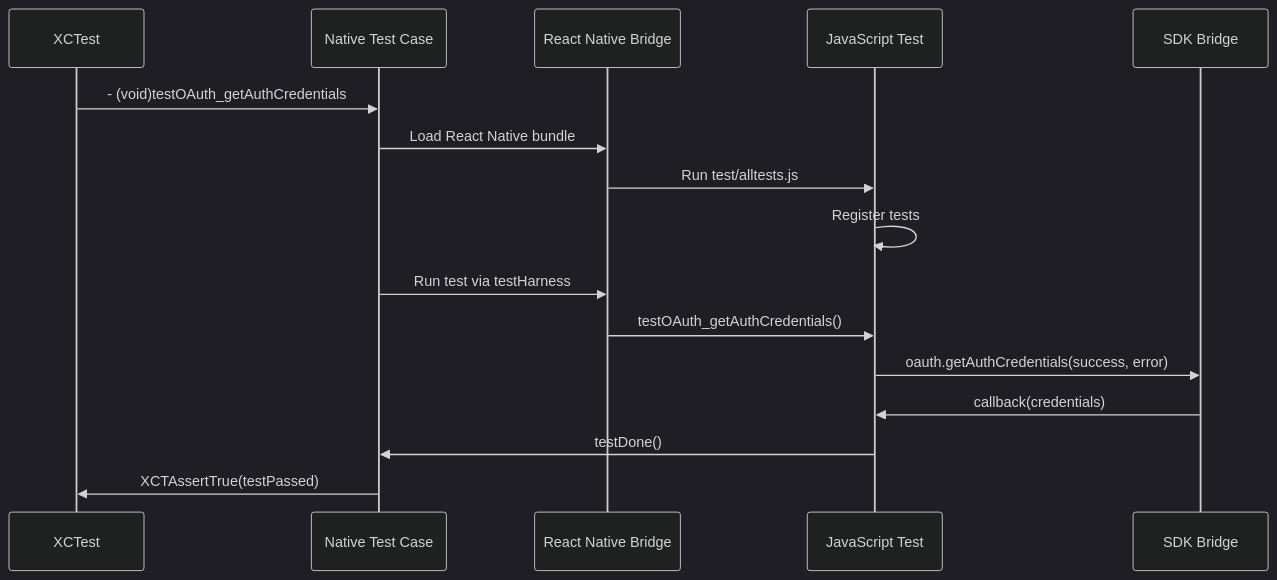
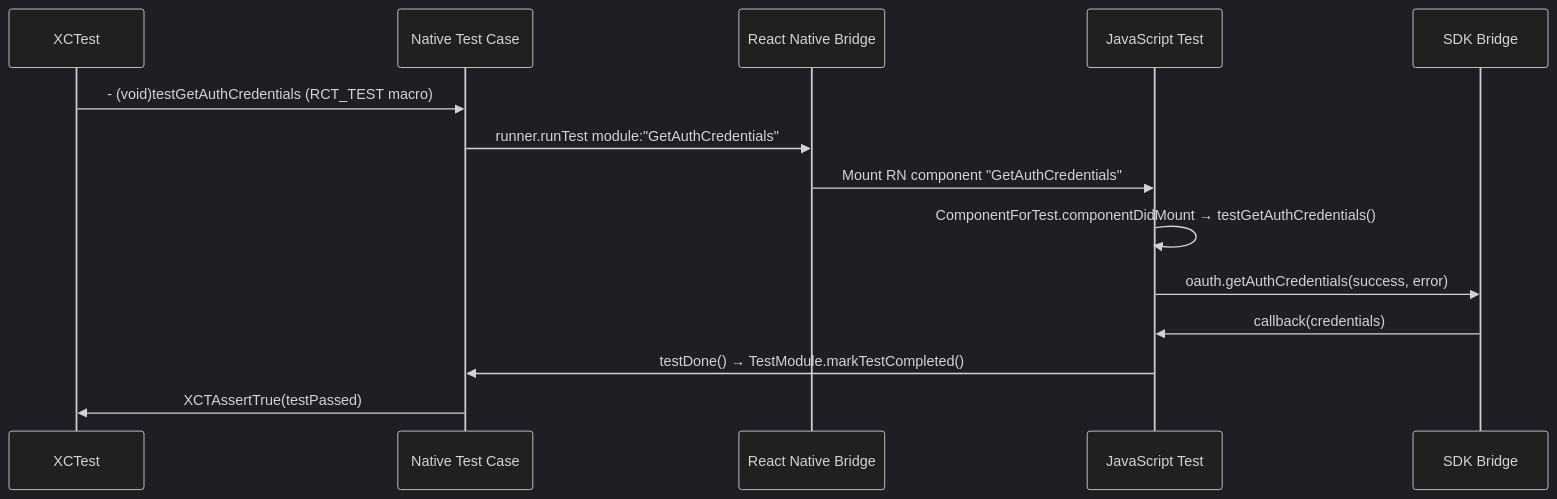
One commit to forcedotcom/SalesforceMobileSDK-ReactNative changed the second of 2 diagrams in docs/ios-tests/README.md. Above: the diagram before and after it, drawn with Mermaid (dark theme). The commit also changed other lines of this file and 4 other files, not shown here.

First line of the commit message:
Fix accuracy issues in React Native SDK documentation

````diff
--- a/docs/ios-tests/README.md
+++ b/docs/ios-tests/README.md
@@ -221,19 +221,17 @@
 ```mermaid
 sequenceDiagram
     participant X as XCTest
     participant N as Native Test Case
     participant RCT as React Native Bridge
     participant JS as JavaScript Test
     participant SDK as SDK Bridge
     
-    X->>N: - (void)testOAuth_getAuthCredentials
-    N->>RCT: Load React Native bundle
-    RCT->>JS: Run test/alltests.js
-    JS->>JS: Register tests
-    N->>RCT: Run test via testHarness
-    RCT->>JS: testOAuth_getAuthCredentials()
+    X->>N: - (void)testGetAuthCredentials (RCT_TEST macro)
+    N->>RCT: runner.runTest module:"GetAuthCredentials"
+    RCT->>JS: Mount RN component "GetAuthCredentials"
+    JS->>JS: ComponentForTest.componentDidMount → testGetAuthCredentials()
     JS->>SDK: oauth.getAuthCredentials(success, error)
     SDK->>JS: callback(credentials)
-    JS->>N: testDone()
+    JS->>N: testDone() → TestModule.markTestCompleted()
     N->>X: XCTAssertTrue(testPassed)
 ```
````
